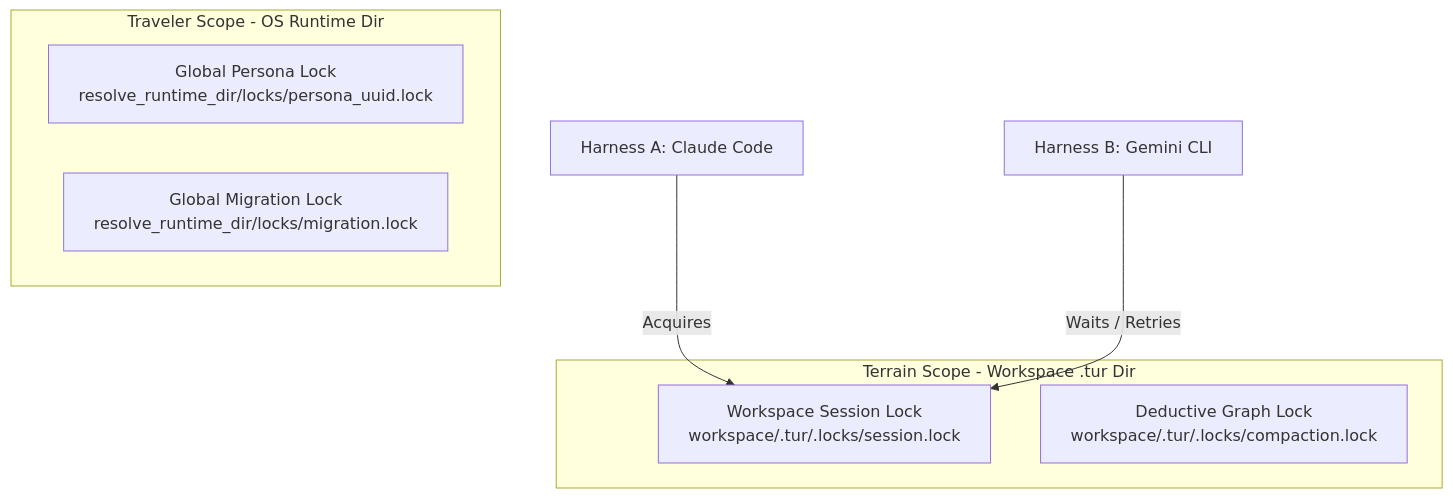
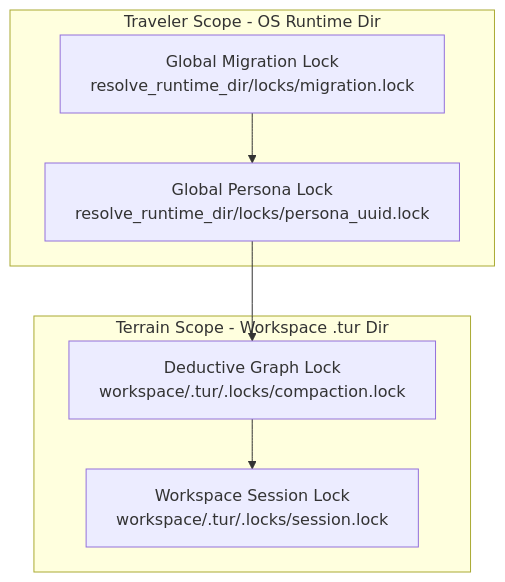
One commit to erivlis/tur changed the diagram in docs/proposals/EP-0129-file-locking-architecture.md. Above: the diagram before and after it, drawn with Mermaid. The commit also changed other lines of this file and 1 other file, not shown here.

````diff
--- a/docs/proposals/EP-0129-file-locking-architecture.md
+++ b/docs/proposals/EP-0129-file-locking-architecture.md
@@ -123,15 +123,16 @@
 ```mermaid
 graph TD
     subgraph Global [Traveler Scope - OS Runtime Dir]
+        GMigrate[Global Migration Lock<br/>resolve_runtime_dir/locks/migration.lock]
         GLock[Global Persona Lock<br/>resolve_runtime_dir/locks/persona_uuid.lock]
-        GMigrate[Global Migration Lock<br/>resolve_runtime_dir/locks/migration.lock]
     end
 
     subgraph Local [Terrain Scope - Workspace .tur Dir]
+        LGraph[Deductive Graph Lock<br/>workspace/.tur/.locks/compaction.lock]
         LLock[Workspace Session Lock<br/>workspace/.tur/.locks/session.lock]
-        LGraph[Deductive Graph Lock<br/>workspace/.tur/.locks/compaction.lock]
     end
 
-    Agent1[Harness A: Claude Code] -->|Acquires| LLock
-    Agent2[Harness B: Gemini CLI] -->|Waits / Retries| LLock
+    GMigrate --> GLock
+    GLock --> LGraph
+    LGraph --> LLock
 ```
````
